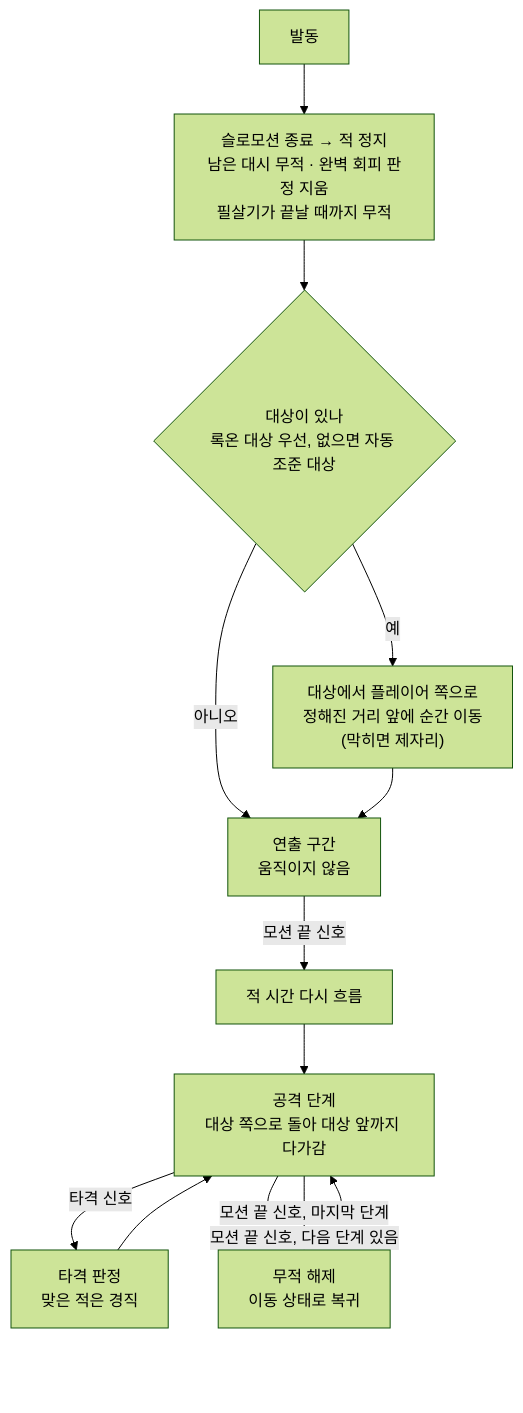
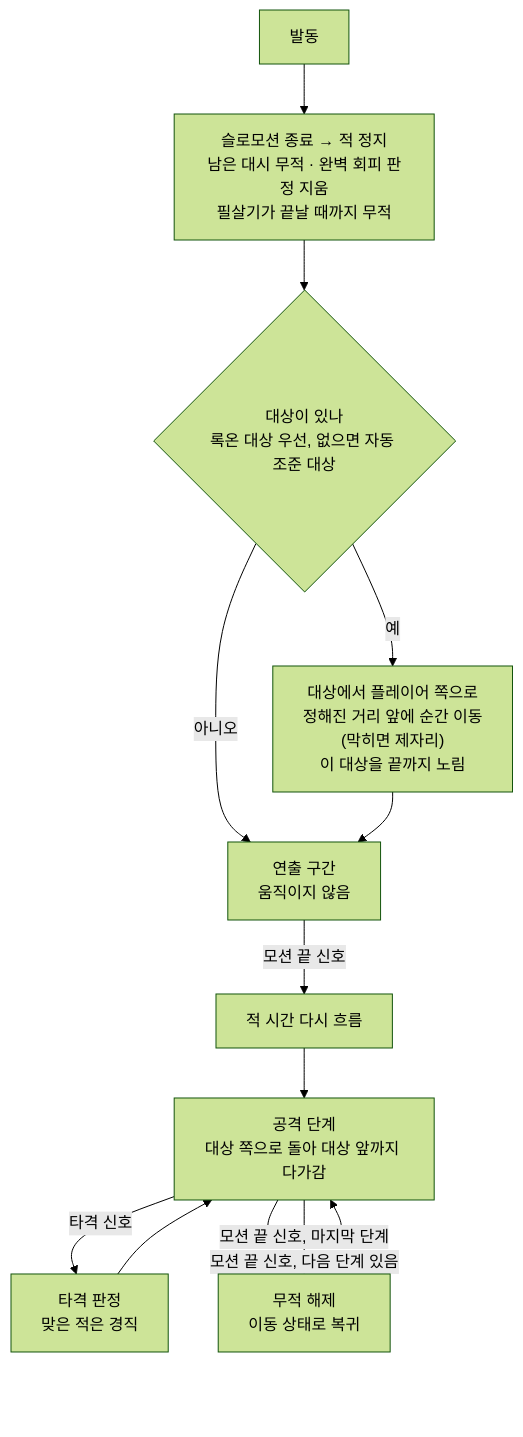
One commit to SquashPrince/Develrocket_mp15_HHH changed the second of 3 diagrams in Docs/Technical/Player/PlayerUltimate.md. Above: the diagram before and after it, drawn with Mermaid (forest theme). The commit also changed other lines of this file and 38 other files, not shown here.

````diff
--- a/Docs/Technical/Player/PlayerUltimate.md
+++ b/Docs/Technical/Player/PlayerUltimate.md
@@ -46,14 +46,14 @@
 ```mermaid
 flowchart TD
     S["발동"] --> E["슬로모션 종료 → 적 정지<br>남은 대시 무적 · 완벽 회피 판정 지움<br>필살기가 끝날 때까지 무적"]
     E --> T{"대상이 있나<br>록온 대상 우선, 없으면 자동 조준 대상"}
-    T -->|"예"| M["대상에서 플레이어 쪽으로<br>정해진 거리 앞에 순간 이동<br>(막히면 제자리)"]
+    T -->|"예"| M["대상에서 플레이어 쪽으로<br>정해진 거리 앞에 순간 이동<br>(막히면 제자리)<br>이 대상을 끝까지 노림"]
     T -->|"아니오"| C
     M --> C["연출 구간<br>움직이지 않음"]
     C -->|"모션 끝 신호"| R["적 시간 다시 흐름"]
     R --> A["공격 단계<br>대상 쪽으로 돌아 대상 앞까지 다가감"]
     A -->|"타격 신호"| H["타격 판정<br>맞은 적은 경직"]
     H --> A
     A -->|"모션 끝 신호, 다음 단계 있음"| A
     A -->|"모션 끝 신호, 마지막 단계"| L["무적 해제<br>이동 상태로 복귀"]
 ```
````
